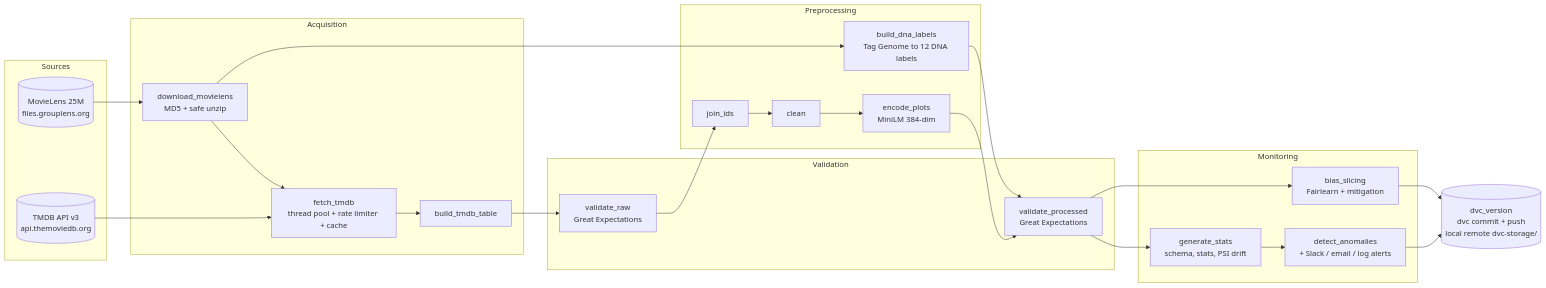
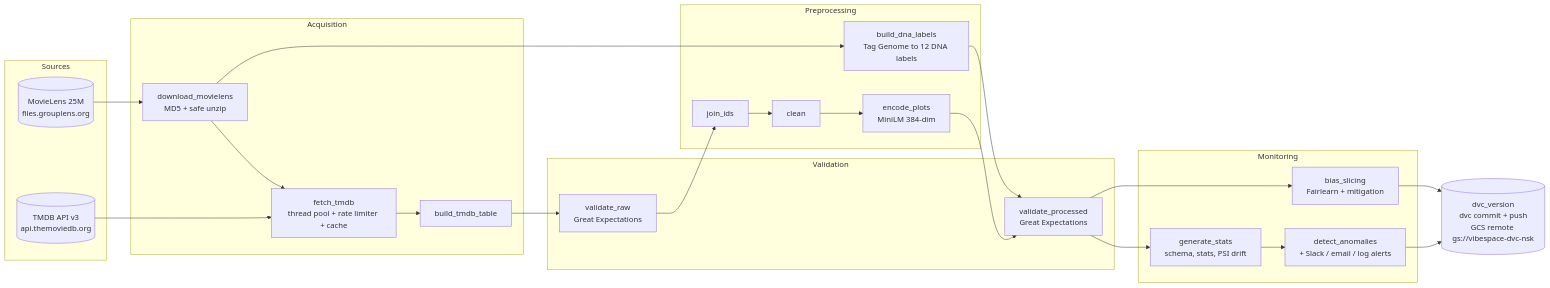
One commit to nikhilsk98/VibeSpace changed the first of 2 diagrams in Data-Pipeline/README.md. Above: the diagram before and after it, drawn with Mermaid. The commit also changed other lines of this file and 3 other files, not shown here.

Commit message:
Use GCS bucket as the default DVC remote

````diff
--- a/Data-Pipeline/README.md
+++ b/Data-Pipeline/README.md
@@ -62,36 +62,36 @@
 ```mermaid
 flowchart LR
     subgraph Sources
         ML[(MovieLens 25M<br/>files.grouplens.org)]
         TM[(TMDB API v3<br/>api.themoviedb.org)]
     end
     subgraph Acquisition
         A1[download_movielens<br/>MD5 + safe unzip]
         A2[fetch_tmdb<br/>thread pool + rate limiter + cache]
         A3[build_tmdb_table]
     end
     subgraph Validation
         V1[validate_raw<br/>Great Expectations]
         V2[validate_processed<br/>Great Expectations]
     end
     subgraph Preprocessing
         P1[join_ids]
         P2[clean]
         P3[build_dna_labels<br/>Tag Genome to 12 DNA labels]
         P4[encode_plots<br/>MiniLM 384-dim]
     end
     subgraph Monitoring
         M1[generate_stats<br/>schema, stats, PSI drift]
         M2[detect_anomalies<br/>+ Slack / email / log alerts]
         M3[bias_slicing<br/>Fairlearn + mitigation]
     end
-    DVC[(dvc_version<br/>dvc commit + push<br/>local remote dvc-storage/)]
+    DVC[(dvc_version<br/>dvc commit + push<br/>GCS remote gs://vibespace-dvc-nsk)]
 
     ML --> A1
     A1 --> A2
     TM --> A2
     A2 --> A3 --> V1 --> P1 --> P2 --> P4 --> V2
     A1 --> P3 --> V2
     V2 --> M1 --> M2 --> DVC
     V2 --> M3 --> DVC
 ```
````
